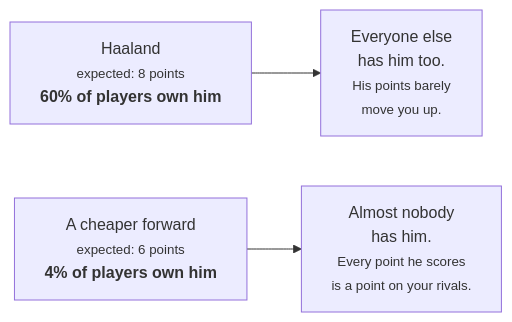
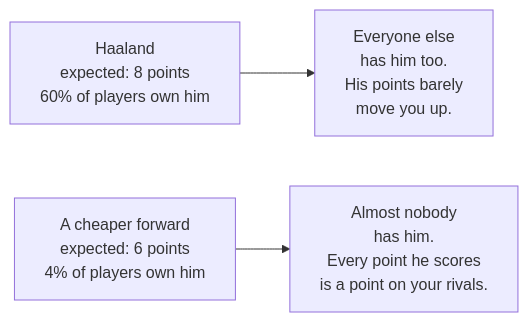
The fourth of 12 diagrams in docs/DIAGRAMS.md (MasonGallagher/FplBot), drawn with Mermaid before and after one commit. The commit also changed other lines of this file and 1 other file, not shown here.

First line of the commit message:
docs: fix diagram labels overflowing their shapes, and cover calibration

````diff
--- a/docs/DIAGRAMS.md
+++ b/docs/DIAGRAMS.md
@@ -112,8 +122,8 @@
 ```mermaid
 flowchart LR
-    A["Haaland<br/><small>expected: 8 points</small><br/><b>60% of players own him</b>"]
-    B["A cheaper forward<br/><small>expected: 6 points</small><br/><b>4% of players own him</b>"]
+    A["Haaland<br/>expected: 8 points<br/>60% of players own him"]
+    B["A cheaper forward<br/>expected: 6 points<br/>4% of players own him"]
 
-    A --> A2["Everyone else<br/>has him too.<br/><small>His points barely<br/>move you up.</small>"]
-    B --> B2["Almost nobody<br/>has him.<br/><small>Every point he scores<br/>is a point on your rivals.</small>"]
+    A --> A2["Everyone else<br/>has him too.<br/>His points barely<br/>move you up."]
+    B --> B2["Almost nobody<br/>has him.<br/>Every point he scores<br/>is a point on your rivals."]
 ```
````
